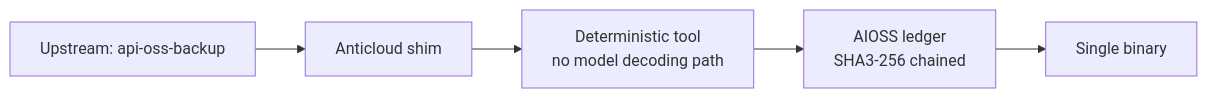
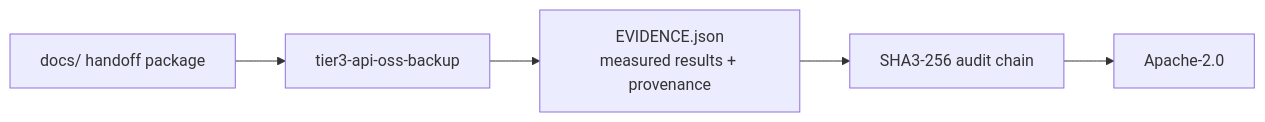
One commit to the-anticloud/tier3-api-oss-backup changed the diagram in README.md. Above: the diagram before and after it, drawn with Mermaid. The commit also changed other lines of this file and 10 other files, not shown here.

````diff
--- a/README.md
+++ b/README.md
@@ -11,7 +22,7 @@
 ```mermaid
 graph LR
-    U[Upstream: api-oss-backup] --> S[Anticloud shim]
-    S --> T[Deterministic tool<br/>no model decoding path]
-    T --> A[AIOSS ledger<br/>SHA3-256 chained]
-    A --> B[Single binary]
+    D[docs/ handoff package] --> R[tier3-api-oss-backup]
+    R --> E[EVIDENCE.json\nmeasured results + provenance]
+    E --> A[SHA3-256 audit chain]
+    A --> L[Apache-2.0]
 ```
````
